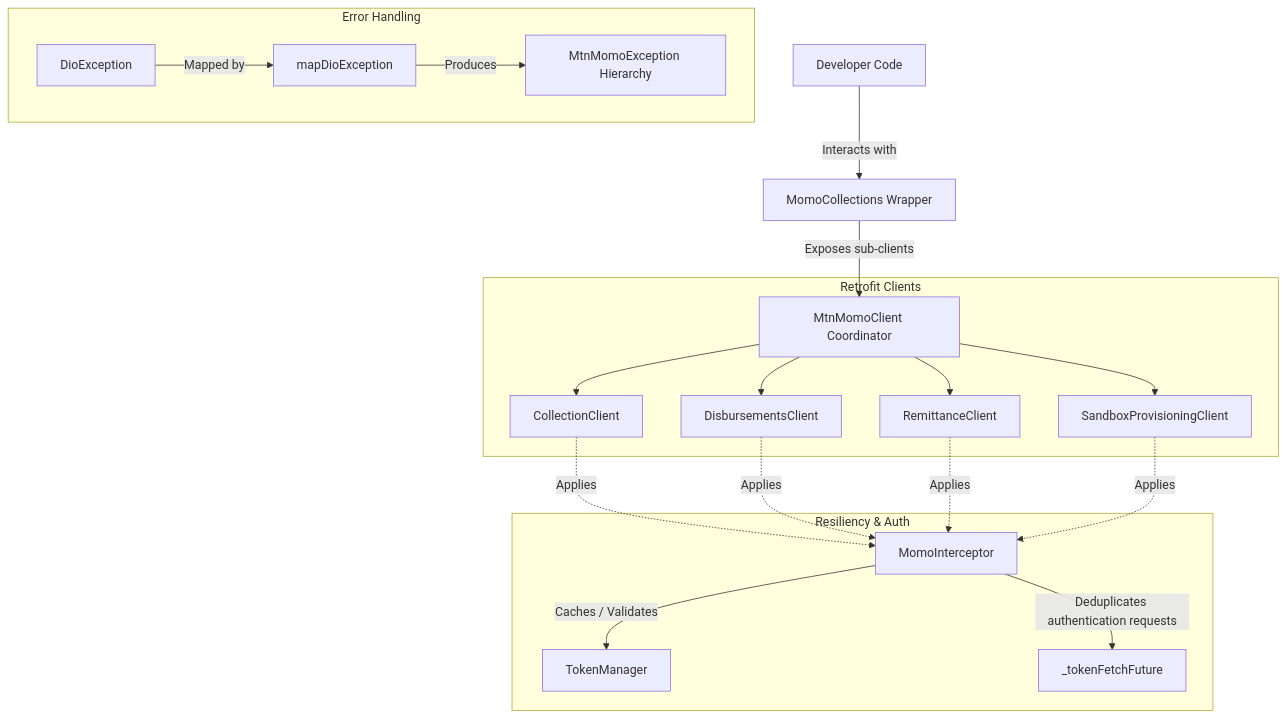
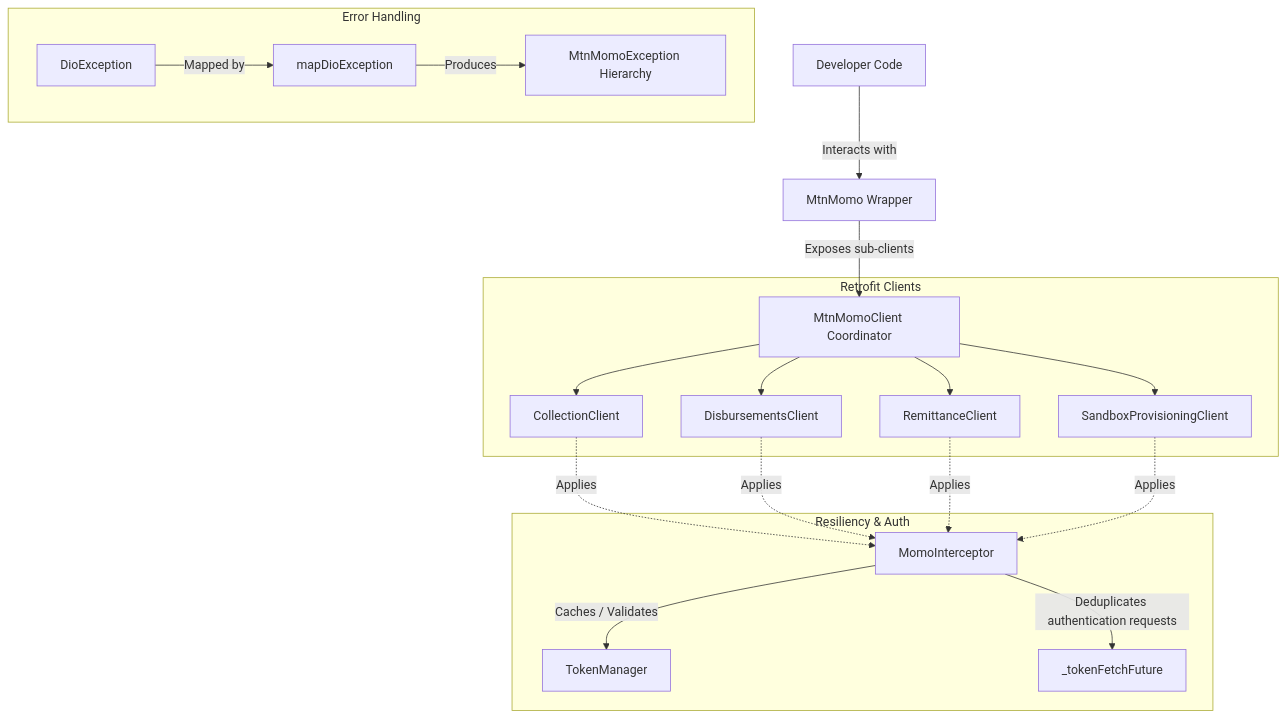
One commit to TJMusiitwa/mtn_momo_collections changed the diagram in GEMINI.md. Above: the diagram before and after it, drawn with Mermaid. The commit also changed other lines of this file and 23 other files, not shown here.

Commit message:
refactor: rename MomoCollections class to MtnMomo for clarity and consistency across the SDK.

````diff
--- a/GEMINI.md
+++ b/GEMINI.md
@@ -16,23 +16,23 @@
 ```mermaid
 graph TD
-    Client[Developer Code] -->|Interacts with| MC[MomoCollections Wrapper]
+    Client[Developer Code] -->|Interacts with| MC[MtnMomo Wrapper]
     MC -->|Exposes sub-clients| MMC[MtnMomoClient Coordinator]
     
     subgraph retrofit ["Retrofit Clients"]
         MMC --> CC[CollectionClient]
         MMC --> DC[DisbursementsClient]
         MMC --> RC[RemittanceClient]
         MMC --> SC[SandboxProvisioningClient]
     end
     
     subgraph resiliency ["Resiliency & Auth"]
         CC & DC & RC & SC -.->|Applies| MI[MomoInterceptor]
         MI -->|Caches / Validates| TM[TokenManager]
         MI -->|Deduplicates authentication requests| TFF[_tokenFetchFuture]
     end
     
     subgraph errors ["Error Handling"]
         DioEx[DioException] -->|Mapped by| MEx[mapDioException]
         MEx -->|Produces| MtnEx[MtnMomoException Hierarchy]
     end
 ```
````
